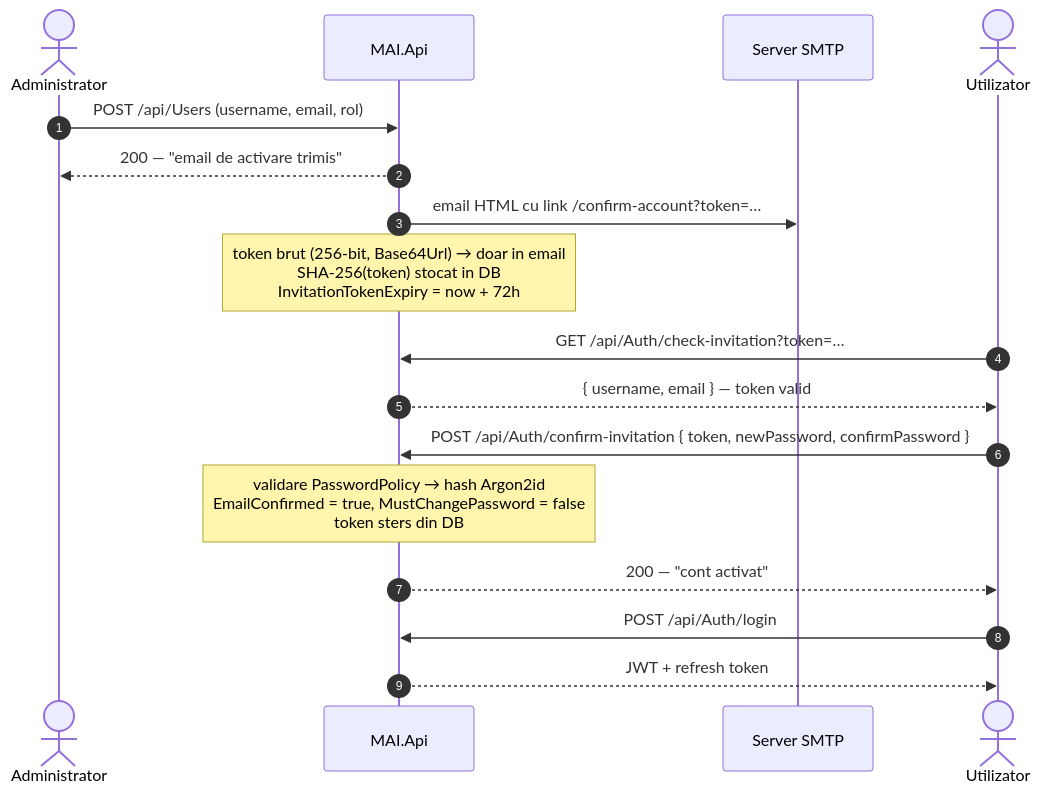
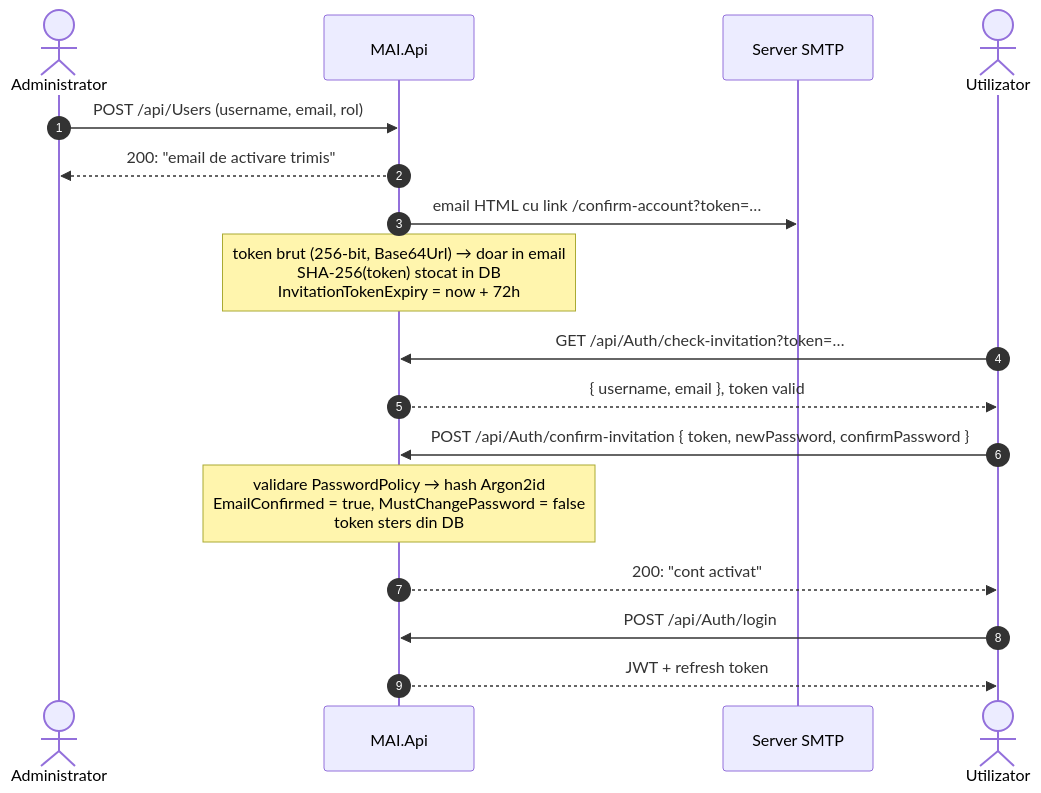
One commit to Danielus-hehe/mai-secure-platform changed the fifth of 5 diagrams in README.md. Above: the diagram before and after it, drawn with Mermaid. The commit also changed other lines of this file and 22 other files, not shown here.

````diff
--- a/README.md
+++ b/README.md
@@ -322,23 +328,23 @@
 ```mermaid
 sequenceDiagram
     autonumber
     actor ADM as Administrator
     participant API as MAI.Api
     participant SMTP as Server SMTP
     actor USR as Utilizator
 
     ADM->>API: POST /api/Users (username, email, rol)
-    API-->>ADM: 200 — "email de activare trimis"
+    API-->>ADM: 200: "email de activare trimis"
     API->>SMTP: email HTML cu link /confirm-account?token=…
     Note over API: token brut (256-bit, Base64Url) → doar in email<br/>SHA-256(token) stocat in DB<br/>InvitationTokenExpiry = now + 72h
 
     USR->>API: GET /api/Auth/check-invitation?token=…
-    API-->>USR: { username, email } — token valid
+    API-->>USR: { username, email }, token valid
 
     USR->>API: POST /api/Auth/confirm-invitation { token, newPassword, confirmPassword }
     Note over API: validare PasswordPolicy → hash Argon2id<br/>EmailConfirmed = true, MustChangePassword = false<br/>token sters din DB
-    API-->>USR: 200 — "cont activat"
+    API-->>USR: 200: "cont activat"
 
     USR->>API: POST /api/Auth/login
     API-->>USR: JWT + refresh token
 ```
````
